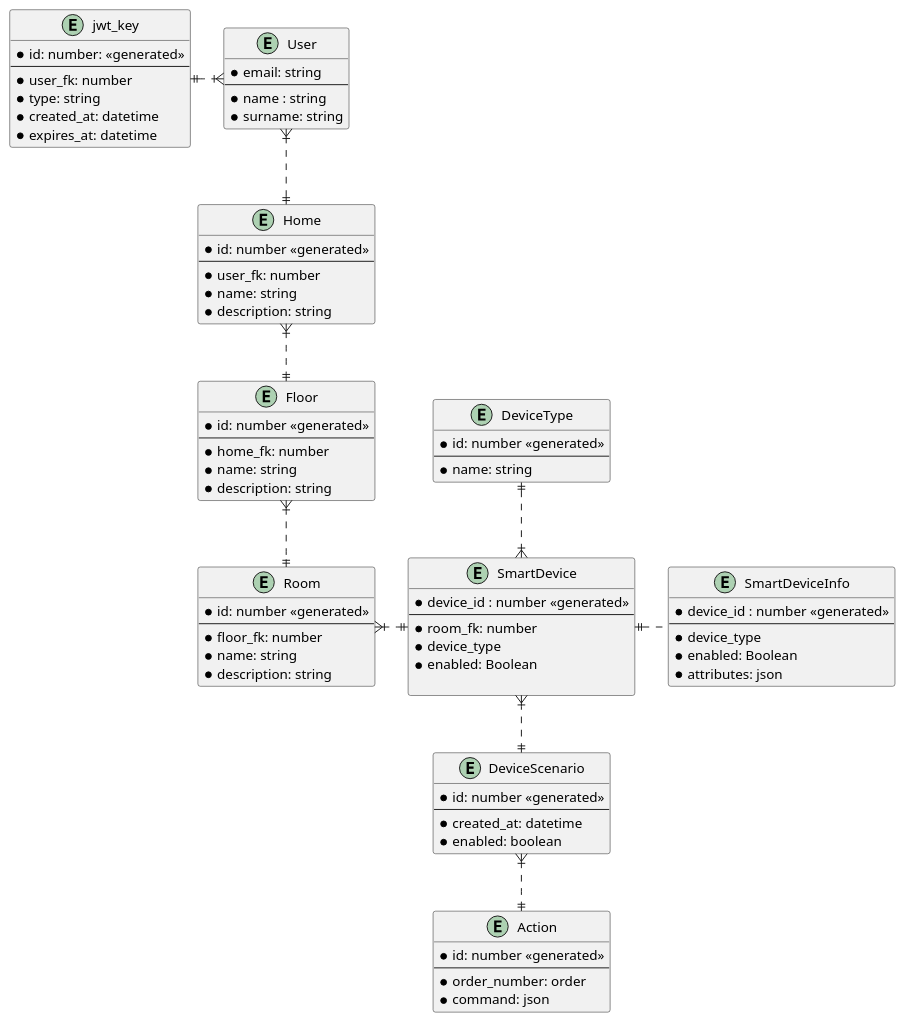
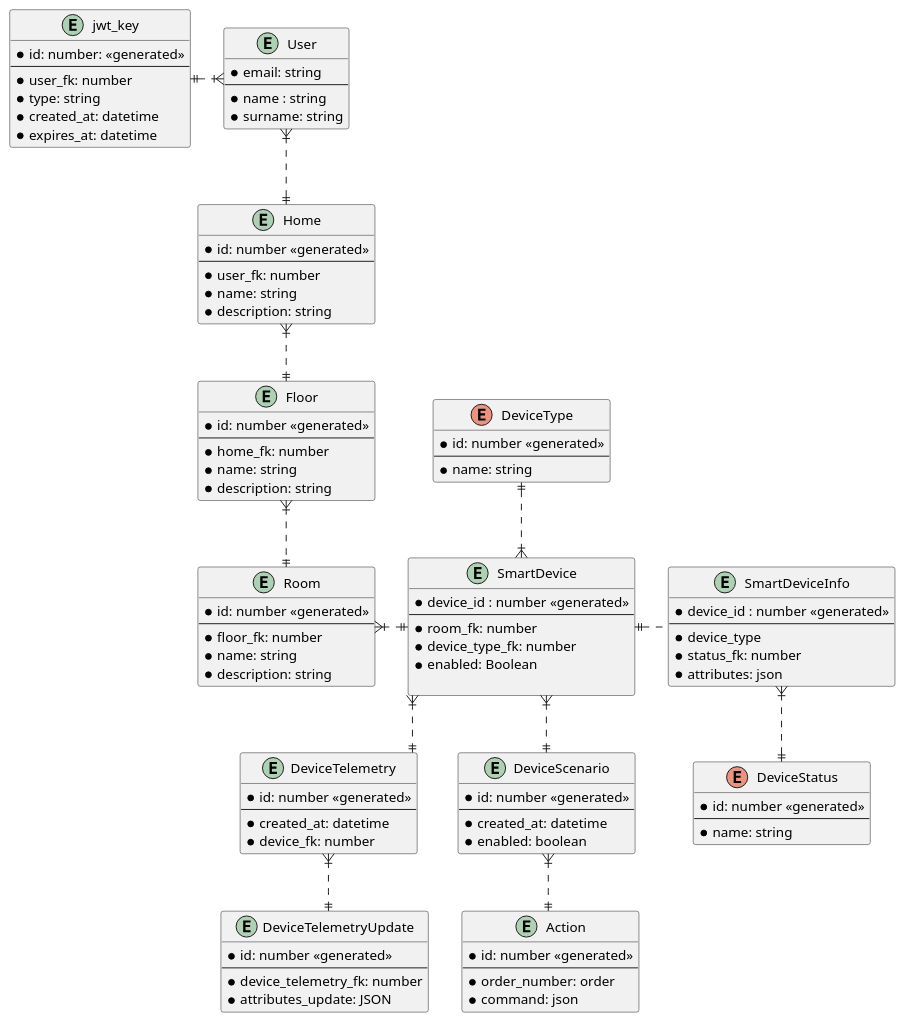
One commit to yauheni-taranau/architecture-sprint-3 changed the diagram in smart-home-monolith/src/main/resources/uml/ER.puml. Above: the diagram before and after it, drawn with PlantUML. The commit also changed 3 other files, not shown here.

```diff
--- a/smart-home-monolith/src/main/resources/uml/ER.puml
+++ b/smart-home-monolith/src/main/resources/uml/ER.puml
@@ -1,90 +1,113 @@
 @startuml
 skinparam linetype ortho
 
 entity "User" {
 *email: string
 --
 *name : string
 *surname: string
 }
 
 entity jwt_key {
 *id: number: <<generated>>
 --
 *user_fk: number
 *type: string
 *created_at: datetime
 *expires_at: datetime
 }
 
 entity Home {
 *id: number <<generated>>
 --
 *user_fk: number
 *name: string
 *description: string
 }
 
 entity Floor{
 *id: number <<generated>>
 --
 *home_fk: number
 *name: string
 *description: string
 }
 
 entity Room {
 *id: number <<generated>>
 --
 *floor_fk: number
 *name: string
 *description: string
 }
 
 entity "SmartDevice" {
 *device_id : number <<generated>>
 --
 *room_fk: number
-*device_type
+*device_type_fk: number
 *enabled: Boolean
 
 }
 
 entity "SmartDeviceInfo" {
 *device_id : number <<generated>>
 --
 *device_type
-*enabled: Boolean
+*status_fk: number
 *attributes: json
 }
 
-entity "DeviceType" {
+enum "DeviceStatus" {
+*id: number <<generated>>
+--
+*name: string
+}
+
+enum "DeviceType" {
 *id: number <<generated>>
 --
 *name: string
 }
 
 entity DeviceScenario {
 *id: number <<generated>>
 --
 *created_at: datetime
 *enabled: boolean
 }
 
 entity Action {
 *id: number <<generated>>
 --
 *order_number: order
 *command: json
 }
 
+entity DeviceTelemetry {
+*id: number <<generated>>
+--
+*created_at: datetime
+*device_fk: number
+}
+
+entity DeviceTelemetryUpdate {
+*id: number <<generated>>
+--
+*device_telemetry_fk: number
+*attributes_update: JSON
+}
+
 User}|..|| Home
 User}|..left|| jwt_key
 Home}|..|| Floor
 Floor}|..|| Room
 Room}|..right|| SmartDevice
 SmartDevice}|..up|| DeviceType
 SmartDevice ||..right SmartDeviceInfo
 SmartDevice}|..down|| DeviceScenario
 DeviceScenario}|..down|| Action
+SmartDeviceInfo}|..|| DeviceStatus
+SmartDevice}|..|| DeviceTelemetry
+DeviceTelemetry}|..|| DeviceTelemetryUpdate
 @enduml
```
